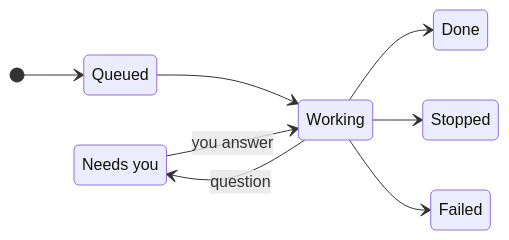
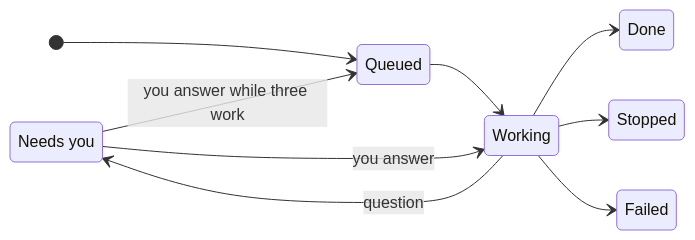
One commit to n8n-io/nod changed the diagram in docs/src/content/docs/use/tasks.md. Above: the diagram before and after it, drawn with Mermaid. The commit also changed other lines of this file and 16 other files, not shown here.

````diff
--- a/docs/src/content/docs/use/tasks.md
+++ b/docs/src/content/docs/use/tasks.md
@@ -47,12 +47,13 @@
 ```mermaid
 stateDiagram-v2
   direction LR
   state "Needs you" as needs
   [*] --> Queued
   Queued --> Working
   Working --> needs: question
   needs --> Working: you answer
+  needs --> Queued: you answer while three work
   Working --> Done
   Working --> Stopped
   Working --> Failed
 ```
````
